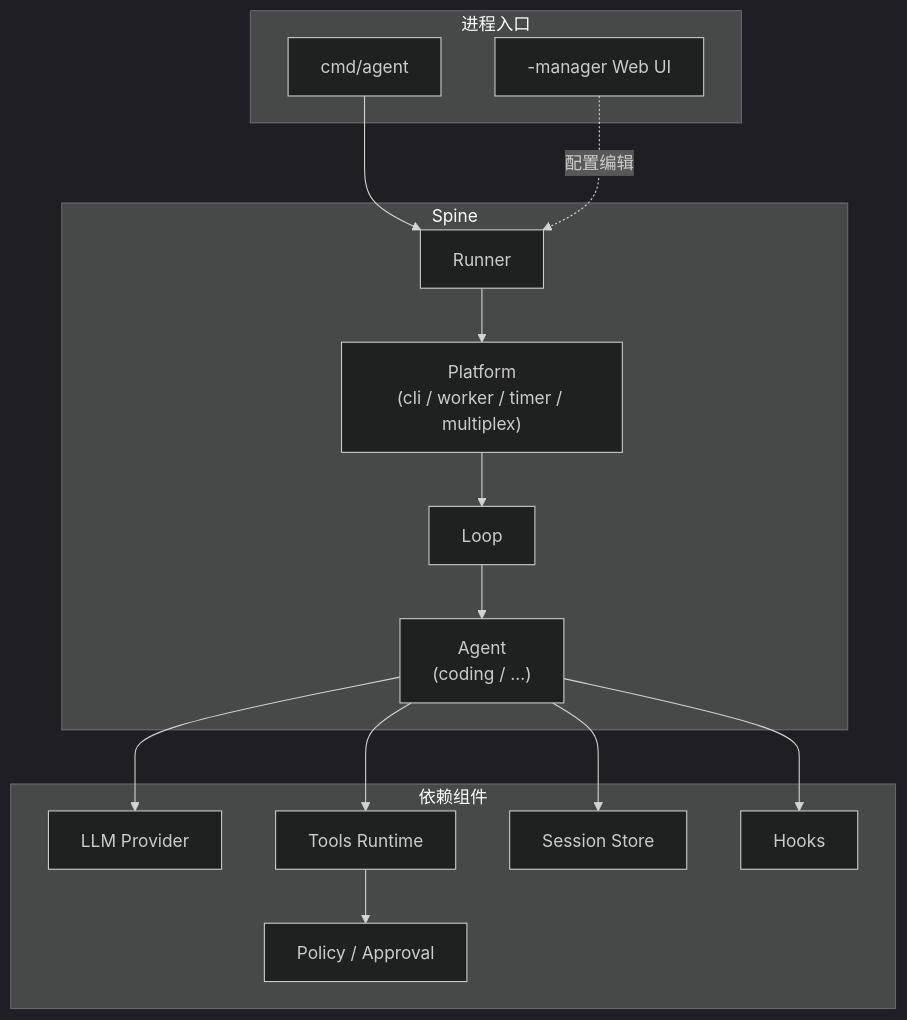
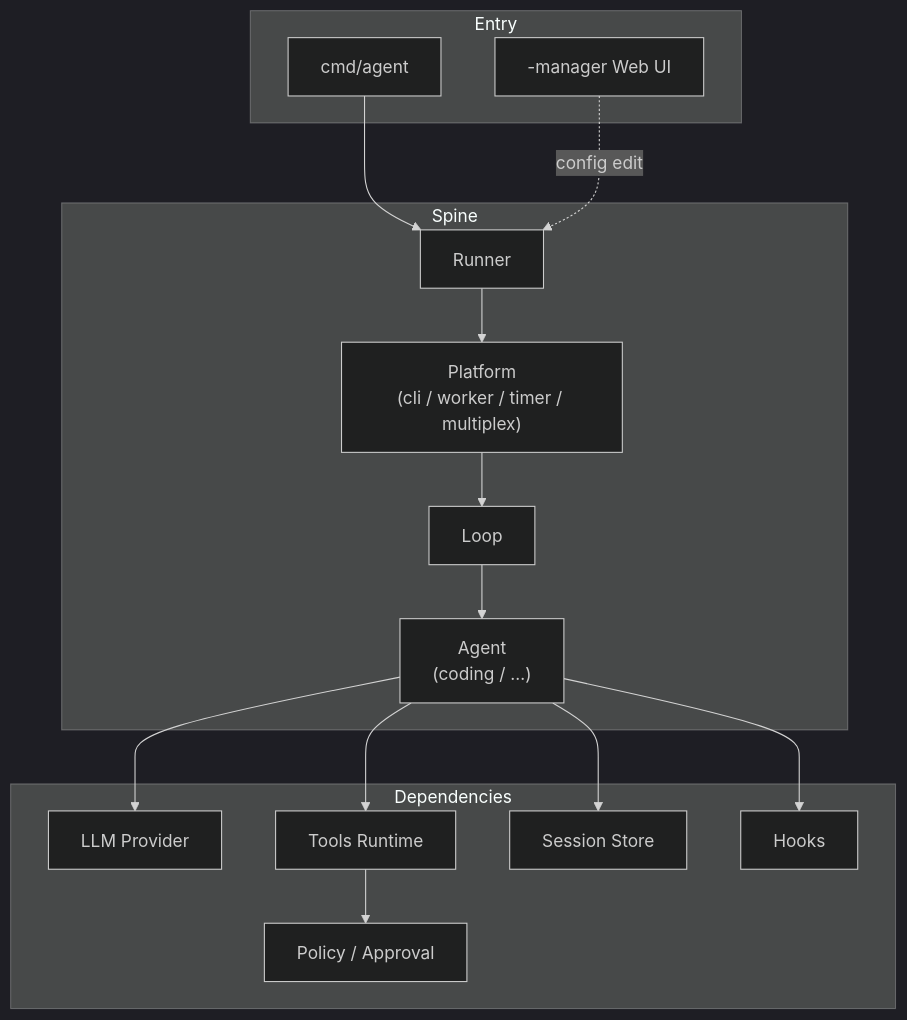
One commit to lengzhao/agentkit changed the first of 2 diagrams in README.md. Above: the diagram before and after it, drawn with Mermaid (dark theme). The commit also changed other lines of this file and 6 other files, not shown here.

````diff
--- a/README.md
+++ b/README.md
@@ -18,33 +21,33 @@
 ```mermaid
 flowchart TB
-  subgraph entry["进程入口"]
+  subgraph entry["Entry"]
     CLI["cmd/agent"]
     MGR["-manager Web UI"]
   end
 
   subgraph spine["Spine"]
     R["Runner"]
     P["Platform<br/>(cli / worker / timer / multiplex)"]
     L["Loop"]
     A["Agent<br/>(coding / …)"]
   end
 
-  subgraph deps["依赖组件"]
+  subgraph deps["Dependencies"]
     LLM["LLM Provider"]
     TOOLS["Tools Runtime"]
     SESS["Session Store"]
     HOOK["Hooks"]
     POL["Policy / Approval"]
   end
 
   CLI --> R
-  MGR -.->|配置编辑| R
+  MGR -.->|config edit| R
   R --> P
   P --> L
   L --> A
   A --> LLM
   A --> TOOLS
   A --> SESS
   A --> HOOK
   TOOLS --> POL
 ```
````
